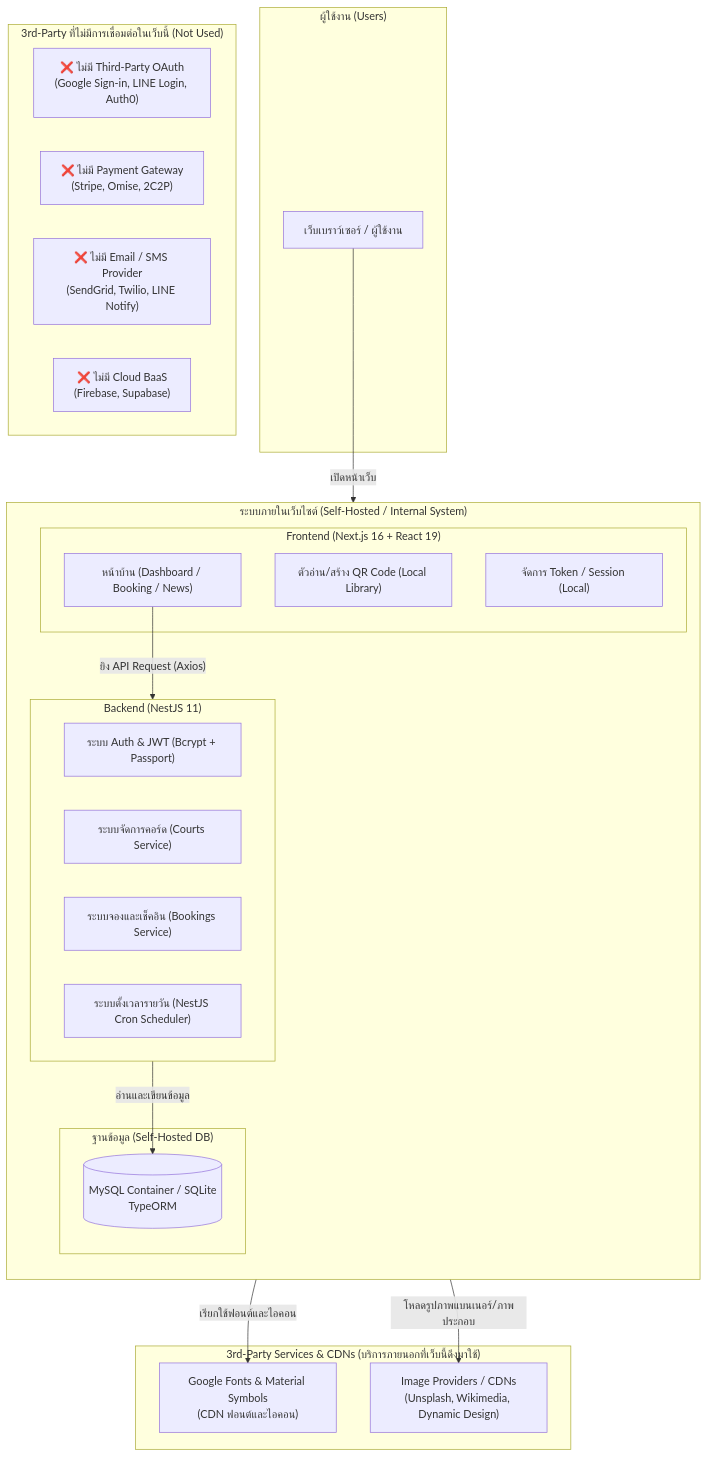
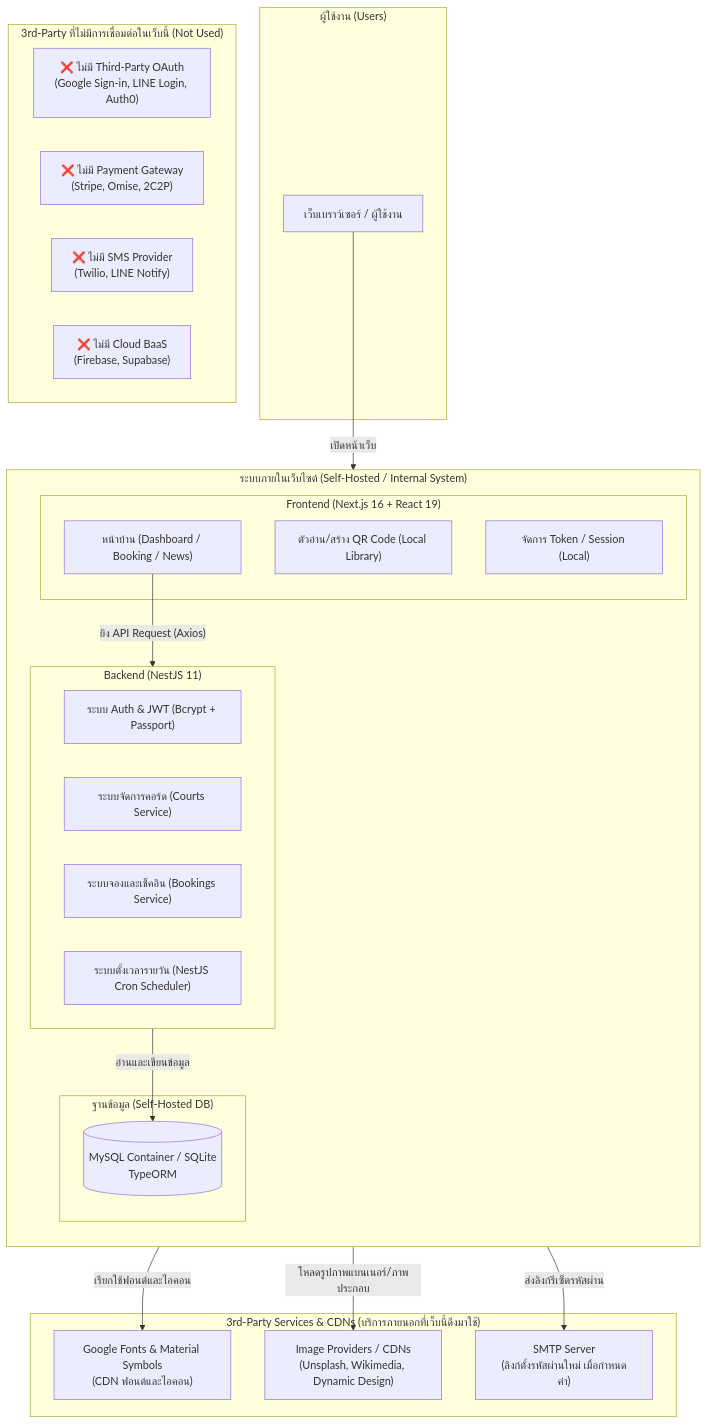
One commit to Kanaphat4539/Book-a-Badminton_Court changed the diagram in README.md. Above: the diagram before and after it, drawn with Mermaid. The commit also changed other lines of this file and 26 other files, not shown here.

````diff
--- a/README.md
+++ b/README.md
@@ -14,45 +14,47 @@
 ```mermaid
 flowchart TB
     subgraph Users ["ผู้ใช้งาน (Users)"]
         Browser["เว็บเบราว์เซอร์ / ผู้ใช้งาน"]
     end
 
     subgraph Internal_System ["ระบบภายในเว็บไซต์ (Self-Hosted / Internal System)"]
         direction TB
         subgraph Frontend_App ["Frontend (Next.js 16 + React 19)"]
             FE_UI["หน้าบ้าน (Dashboard / Booking / News)"]
             QR_Scanner["ตัวอ่าน/สร้าง QR Code (Local Library)"]
             Auth_State["จัดการ Token / Session (Local)"]
         end
 
         subgraph Backend_API ["Backend (NestJS 11)"]
             Auth_Module["ระบบ Auth & JWT (Bcrypt + Passport)"]
             Court_Module["ระบบจัดการคอร์ด (Courts Service)"]
             Booking_Module["ระบบจองและเช็คอิน (Bookings Service)"]
             Cron_Module["ระบบตั้งเวลารายวัน (NestJS Cron Scheduler)"]
         end
 
         subgraph Database ["ฐานข้อมูล (Self-Hosted DB)"]
             DB[("MySQL Container / SQLite<br/>TypeORM")]
         end
     end
 
     subgraph Third_Party_Services ["3rd-Party Services & CDNs (บริการภายนอกที่เว็บนี้ดึงมาใช้)"]
         Google_Fonts["Google Fonts & Material Symbols<br/>(CDN ฟอนต์และไอคอน)"]
         Image_CDNs["Image Providers / CDNs<br/>(Unsplash, Wikimedia, Dynamic Design)"]
+        SMTP["SMTP Server<br/>(ลิงก์ตั้งรหัสผ่านใหม่ เมื่อกำหนดค่า)"]
     end
 
     subgraph Not_Used_3rd_Party ["3rd-Party ที่ไม่มีการเชื่อมต่อในเว็บนี้ (Not Used)"]
         No_OAuth["❌ ไม่มี Third-Party OAuth<br/>(Google Sign-in, LINE Login, Auth0)"]
         No_Payment["❌ ไม่มี Payment Gateway<br/>(Stripe, Omise, 2C2P)"]
-        No_Email_SMS["❌ ไม่มี Email / SMS Provider<br/>(SendGrid, Twilio, LINE Notify)"]
+        No_SMS["❌ ไม่มี SMS Provider<br/>(Twilio, LINE Notify)"]
         No_Cloud_DB["❌ ไม่มี Cloud BaaS<br/>(Firebase, Supabase)"]
     end
 
     %% Interactions
     Browser -->|"เปิดหน้าเว็บ"| FE_UI
     FE_UI -->|"เรียกใช้ฟอนต์และไอคอน"| Google_Fonts
     FE_UI -->|"โหลดรูปภาพแบนเนอร์/ภาพประกอบ"| Image_CDNs
     FE_UI -->|"ยิง API Request (Axios)"| Backend_API
     Backend_API -->|"อ่านและเขียนข้อมูล"| DB
+    Backend_API -->|"ส่งลิงก์รีเซ็ตรหัสผ่าน"| SMTP
 ```
````
